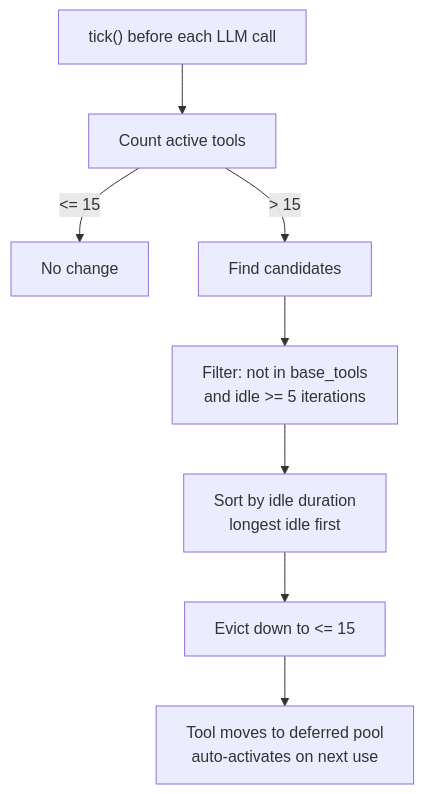
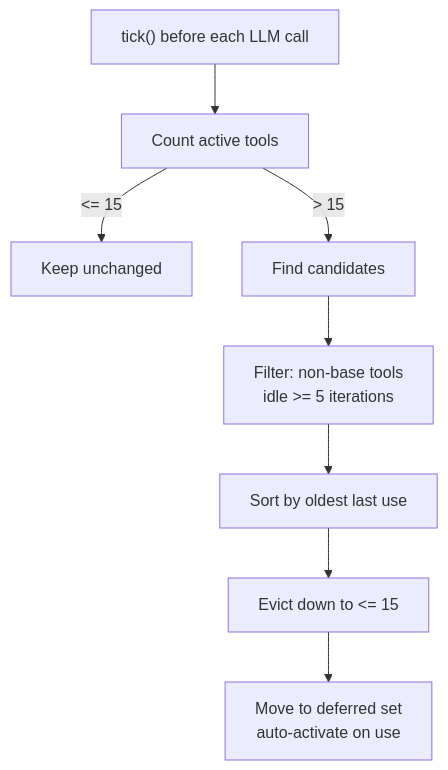
Before and after one commit to ZhangHanDong/octos-book: the diagram in book-en/src/part2/ch06.md, drawn with Mermaid. The commit also changed other lines of this file and 13 other files, not shown here.

````diff
--- a/book-en/src/part2/ch06.md
+++ b/book-en/src/part2/ch06.md
@@ -90,10 +118,10 @@
 ```mermaid
 flowchart TD
     Tick["tick() before each LLM call"] --> Count["Count active tools"]
-    Count -->|"<= 15"| OK["No change"]
+    Count -->|"<= 15"| OK["Keep unchanged"]
     Count -->|"> 15"| Find["Find candidates"]
-    Find --> Filter["Filter: not in base_tools<br/>and idle >= 5 iterations"]
-    Filter --> Sort["Sort by idle duration<br/>longest idle first"]
+    Find --> Filter["Filter: non-base tools<br/>idle >= 5 iterations"]
+    Filter --> Sort["Sort by oldest last use"]
     Sort --> Evict["Evict down to <= 15"]
-    Evict --> Deferred["Tool moves to deferred pool<br/>auto-activates on next use"]
+    Evict --> Deferred["Move to deferred set<br/>auto-activate on use"]
 ```
````
